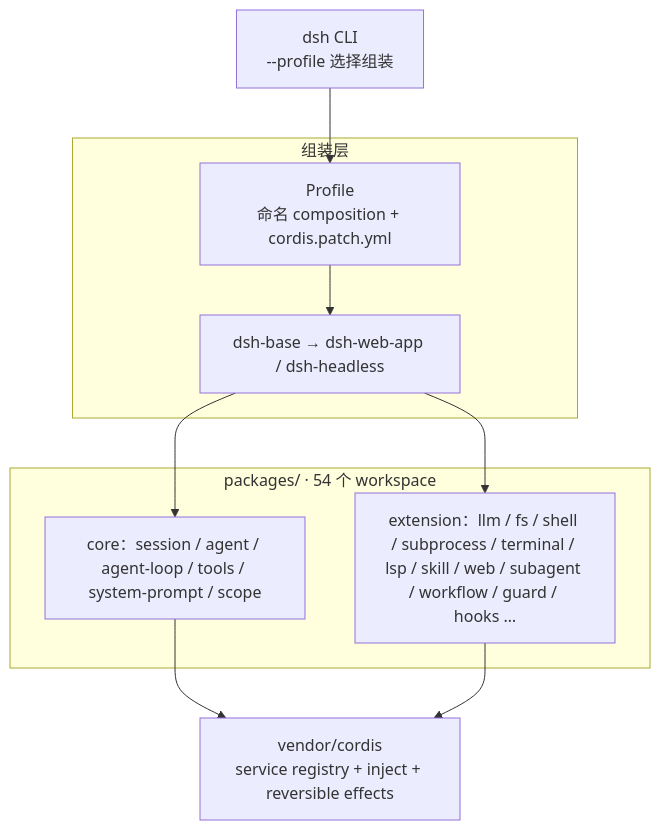
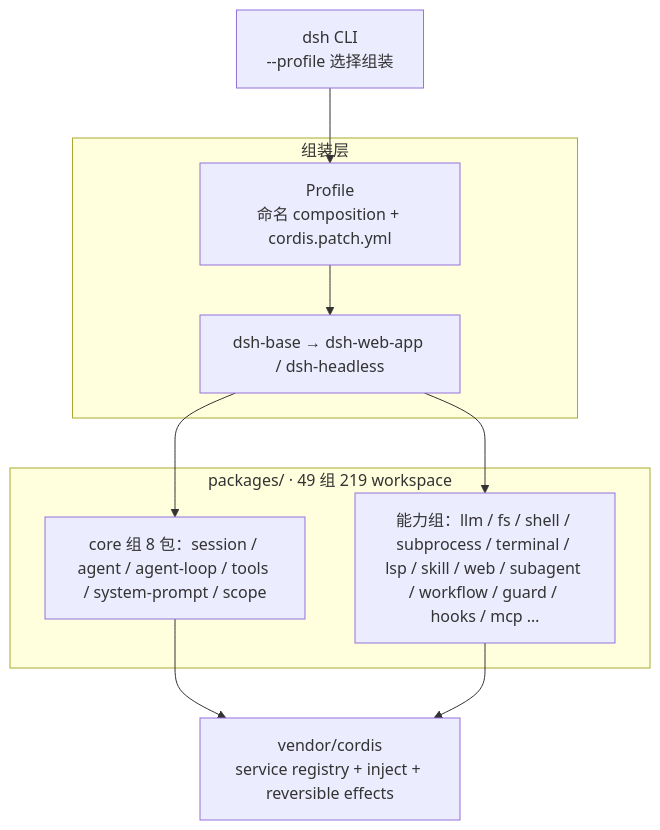
The first of 2 diagrams in content/posts/tech/deepseek-harness-everything-is-a-plugin-cordis-architecture.md (A1pha3/text-matrix), drawn with Mermaid before and after one commit. The commit also changed other lines of this file and 1 other file, not shown here.

````diff
--- a/content/posts/tech/deepseek-harness-everything-is-a-plugin-cordis-architecture.md
+++ b/content/posts/tech/deepseek-harness-everything-is-a-plugin-cordis-architecture.md
@@ -102,18 +100,18 @@
 ```mermaid
 flowchart TB
   CLI["dsh CLI<br/>--profile 选择组装"]
   subgraph Compose["组装层"]
     Profile["Profile<br/>命名 composition + cordis.patch.yml"]
     Bundles["dsh-base → dsh-web-app / dsh-headless"]
   end
-  subgraph Caps["packages/ · 54 个 workspace"]
-    Core["core：session / agent / agent-loop / tools / system-prompt / scope"]
-    Ext["extension：llm / fs / shell / subprocess / terminal / lsp / skill / web / subagent / workflow / guard / hooks …"]
+  subgraph Caps["packages/ · 49 组 219 workspace"]
+    Core["core 组 8 包：session / agent / agent-loop / tools / system-prompt / scope"]
+    Ext["能力组：llm / fs / shell / subprocess / terminal / lsp / skill / web / subagent / workflow / guard / hooks / mcp …"]
   end
   Foundation["vendor/cordis<br/>service registry + inject + reversible effects"]
   CLI --> Profile --> Bundles
   Bundles --> Core
   Bundles --> Ext
   Core --> Foundation
   Ext --> Foundation
 ```
````
